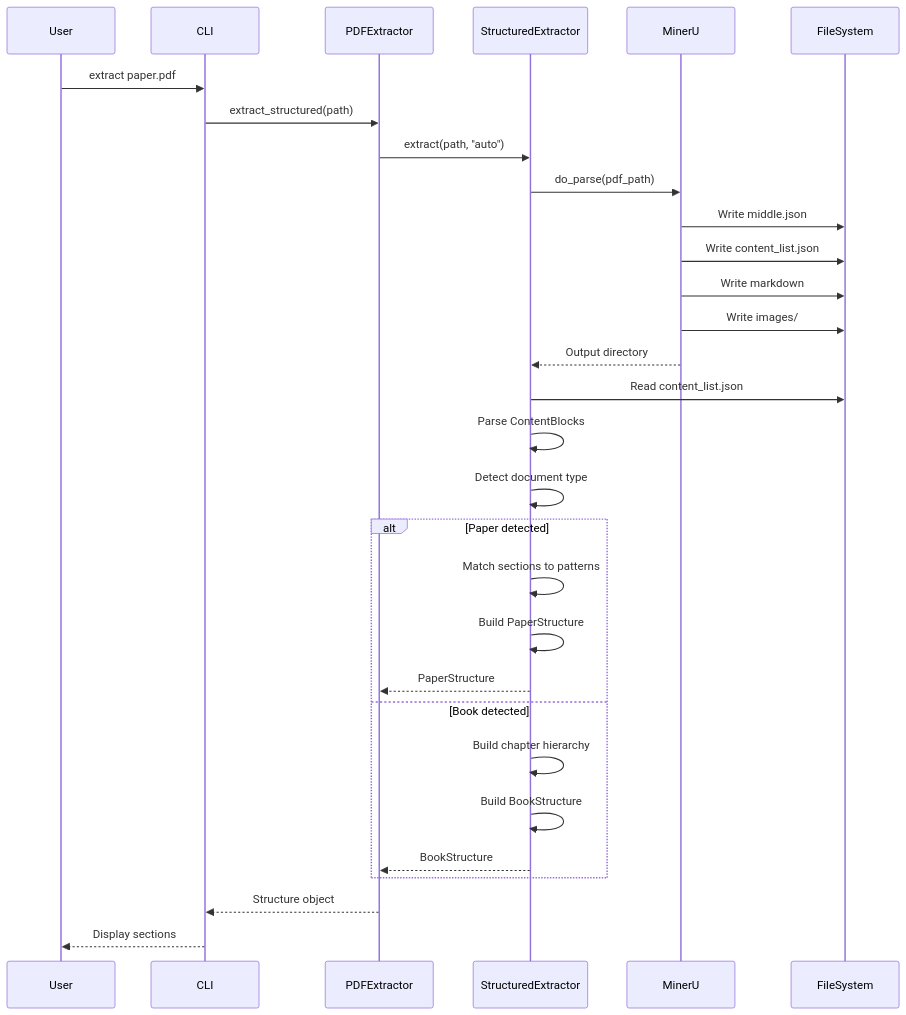
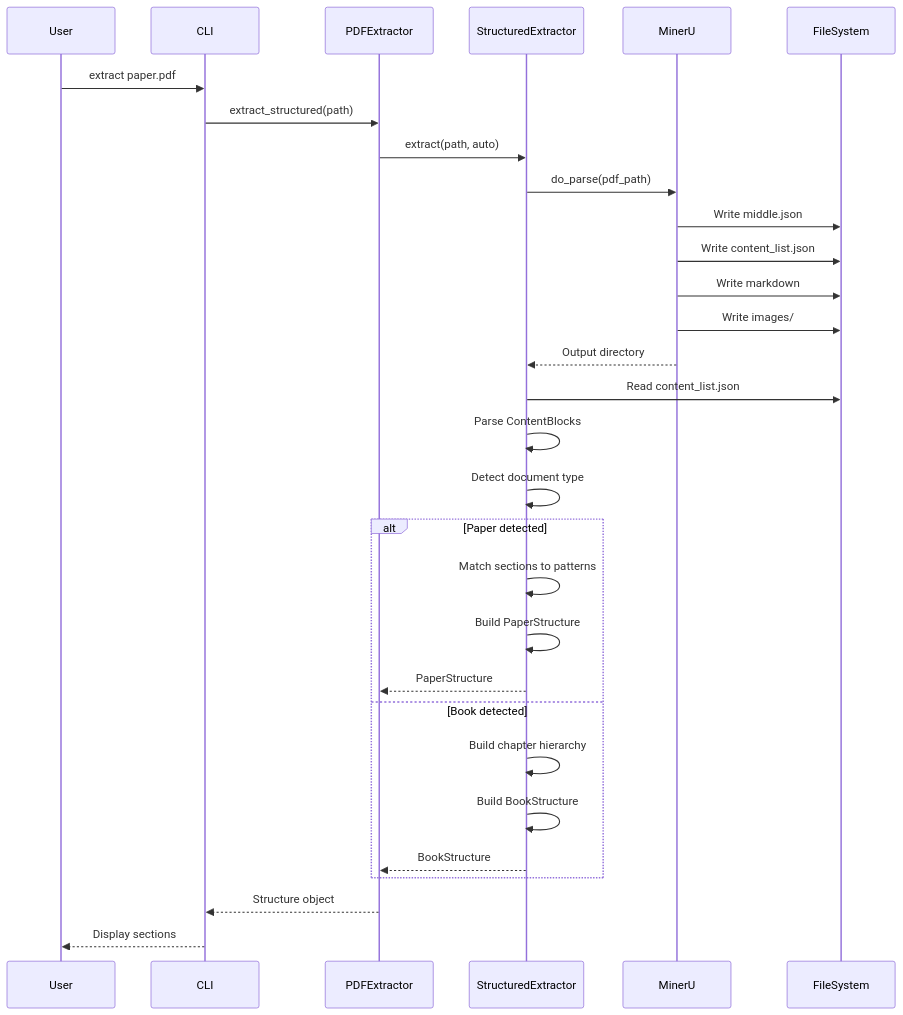
The eighth of 15 diagrams in docs/ARCHITECTURE.md (SteadfastAsArt/paper-ladder), drawn with Mermaid before and after one commit. The commit also changed other lines of this file, not shown here.

Commit message:
Fix Mermaid syntax for GitHub compatibility

````diff
--- a/docs/ARCHITECTURE.md
+++ b/docs/ARCHITECTURE.md
@@ -449,37 +439,37 @@
 ```mermaid
 sequenceDiagram
     participant U as User
     participant CLI as CLI
     participant PE as PDFExtractor
     participant SE as StructuredExtractor
     participant MU as MinerU
     participant FS as FileSystem
 
     U->>CLI: extract paper.pdf
     CLI->>PE: extract_structured(path)
-    PE->>SE: extract(path, "auto")
+    PE->>SE: extract(path, auto)
 
     SE->>MU: do_parse(pdf_path)
     MU->>FS: Write middle.json
     MU->>FS: Write content_list.json
     MU->>FS: Write markdown
     MU->>FS: Write images/
     MU-->>SE: Output directory
 
     SE->>FS: Read content_list.json
     SE->>SE: Parse ContentBlocks
     SE->>SE: Detect document type
 
     alt Paper detected
         SE->>SE: Match sections to patterns
         SE->>SE: Build PaperStructure
         SE-->>PE: PaperStructure
     else Book detected
         SE->>SE: Build chapter hierarchy
         SE->>SE: Build BookStructure
         SE-->>PE: BookStructure
     end
 
     PE-->>CLI: Structure object
     CLI-->>U: Display sections
 ```
````
